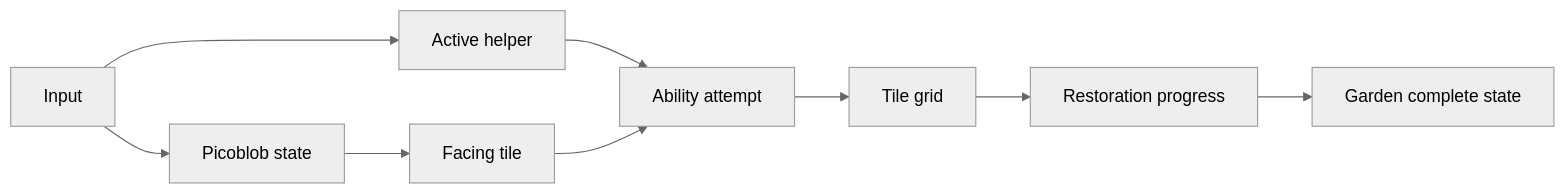
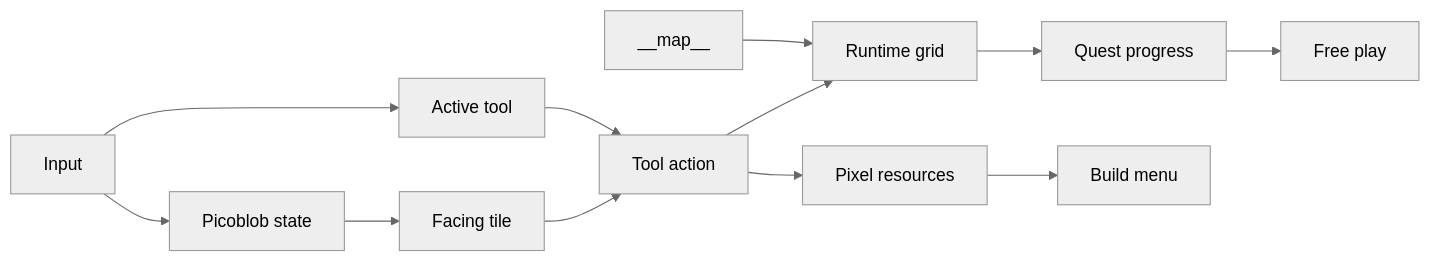
The diagram in plans/picopia-design.md (Vinatorul/picopia), drawn with Mermaid (neutral theme) before and after one commit. The commit also changed other lines of this file and 3 other files, not shown here.

````diff
--- a/plans/picopia-design.md
+++ b/plans/picopia-design.md
@@ -136,11 +203,14 @@
 ```mermaid
 flowchart LR
+  Map[__map__] --> Grid[Runtime grid]
   Input[Input] --> Player[Picoblob state]
-  Input --> Helper[Active helper]
+  Input --> Tool[Active tool]
   Player --> Target[Facing tile]
-  Helper --> Action[Ability attempt]
+  Tool --> Action[Tool action]
   Target --> Action
-  Action --> Grid[Tile grid]
-  Grid --> Progress[Restoration progress]
-  Progress --> Complete[Garden complete state]
+  Action --> Grid
+  Action --> Pixels[Pixel resources]
+  Grid --> Quest[Quest progress]
+  Pixels --> Build[Build menu]
+  Quest --> FreePlay[Free play]
 ```
````
